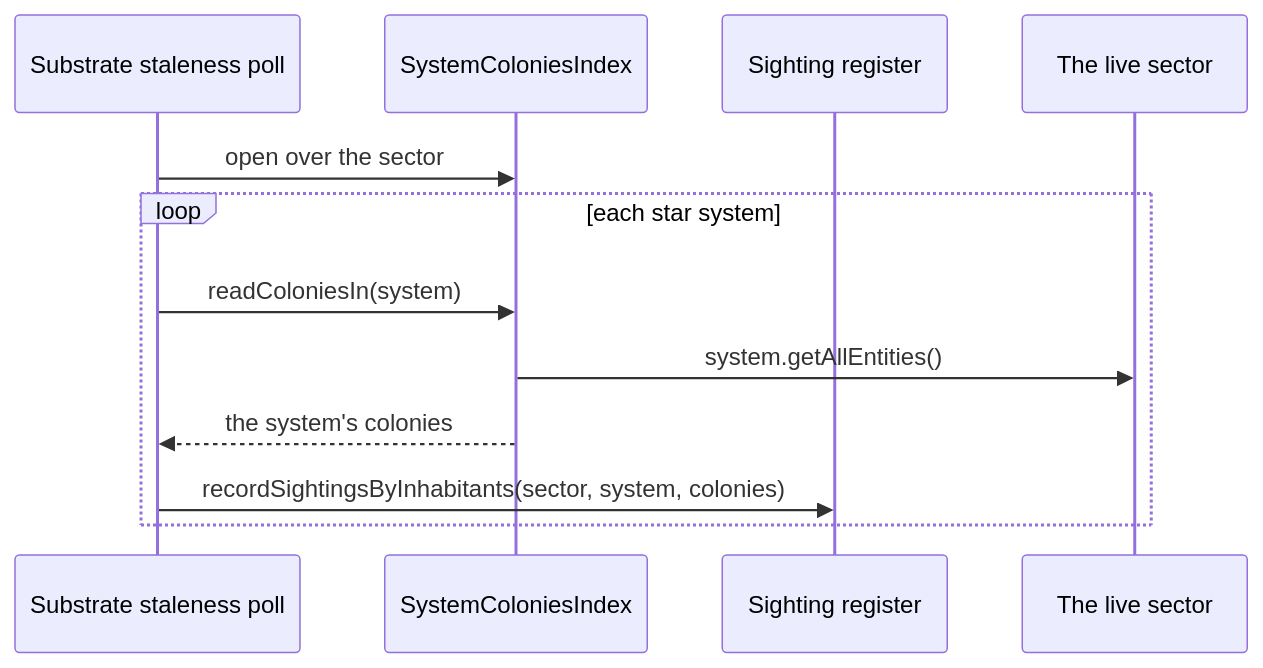
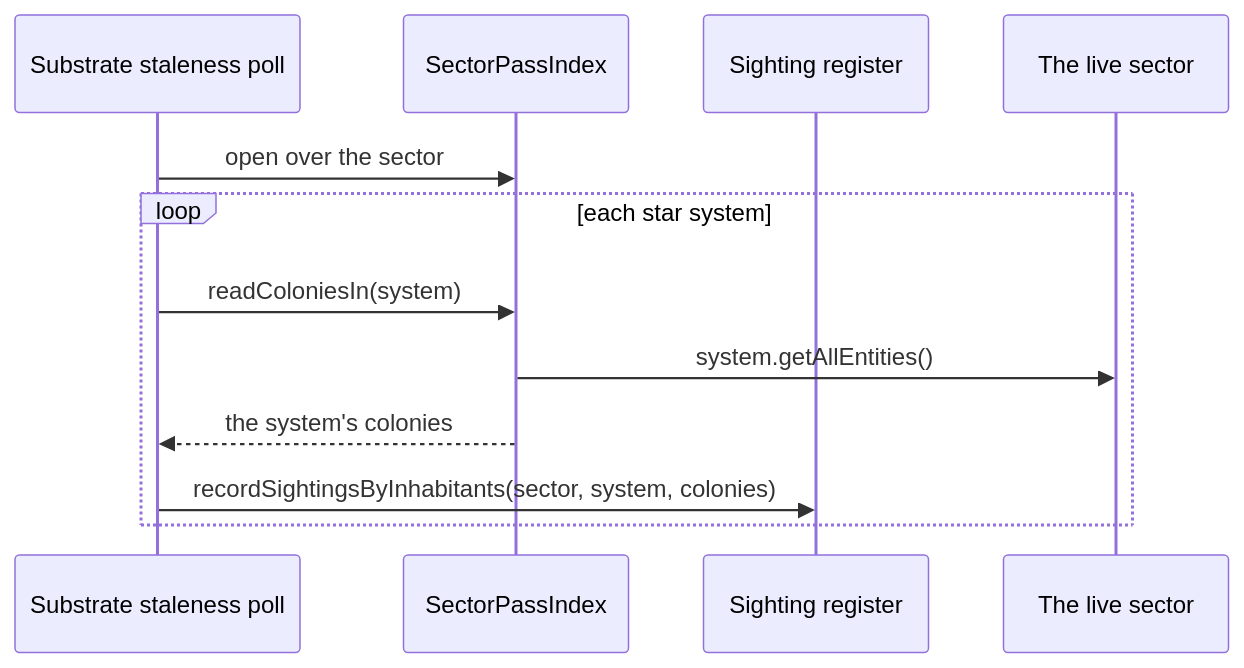
Before and after one commit to Klark-Morrigan/Starsector-Mod-KMU: the second of 2 diagrams in docs/dev/caching.md, drawn with Mermaid. The commit also changed other lines of this file and 21 other files, not shown here.

````diff
--- a/docs/dev/caching.md
+++ b/docs/dev/caching.md
@@ -138,16 +138,16 @@
 ```mermaid
 sequenceDiagram
     participant Poll as Substrate staleness poll
-    participant Index as SystemColoniesIndex
+    participant Index as SectorPassIndex
     participant Register as Sighting register
     participant Sector as The live sector
 
     Poll->>Index: open over the sector
 
     loop each star system
         Poll->>Index: readColoniesIn(system)
         Index->>Sector: system.getAllEntities()
         Index-->>Poll: the system's colonies
         Poll->>Register: recordSightingsByInhabitants(sector, system, colonies)
     end
 ```
````
